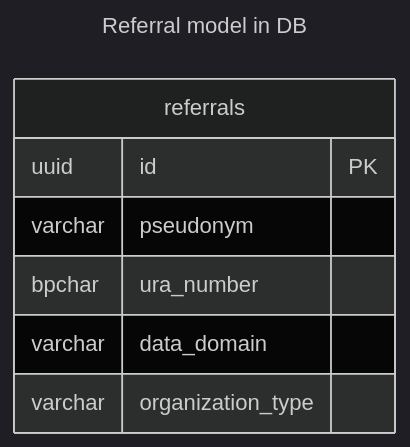
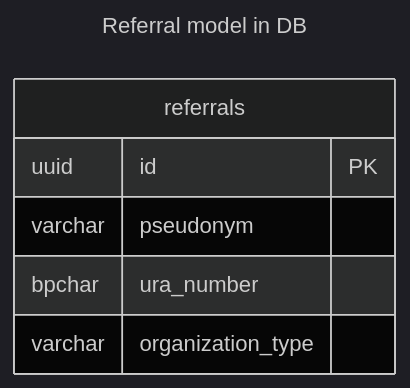
Before and after one commit to minvws/gfmodules-nationale-verwijsindex: the diagram in README.md, drawn with Mermaid (dark theme). The commit also changed other lines of this file and 17 other files, not shown here.

First line of the commit message:
Remove DataDomain (#426)

````diff
--- a/README.md
+++ b/README.md
@@ -59,13 +59,12 @@
 ```mermaid
 ---
 title: Referral model in DB
 ---
 erDiagram
     referrals {
         uuid id PK
         varchar pseudonym
         bpchar ura_number
-        varchar data_domain
         varchar organization_type
     }
 ```
````
